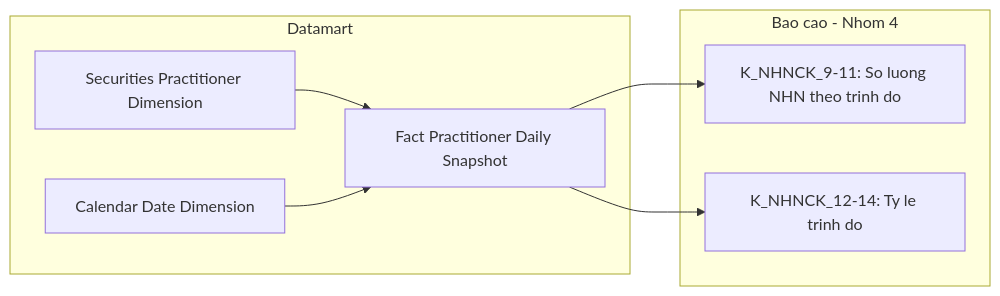
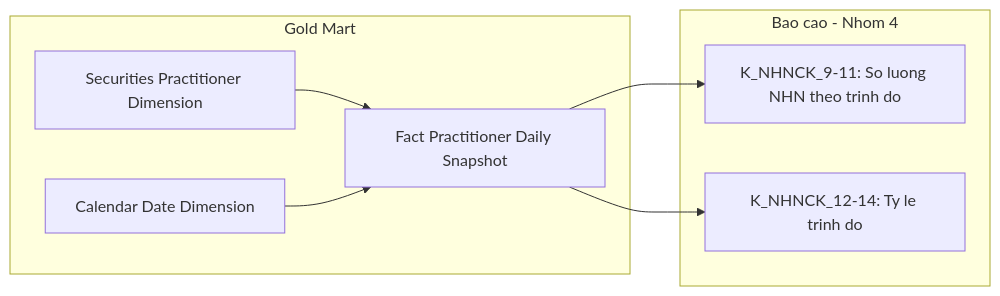
One commit to linhlvit/ubck_atomic_design changed diagram 12 of 31 in Gold/hld/GOLD_NHNCK_HLD.md. Above: the diagram before and after it, drawn with Mermaid. The commit also changed other lines of this file and 2 other files, not shown here.

````diff
--- a/Gold/hld/GOLD_NHNCK_HLD.md
+++ b/Gold/hld/GOLD_NHNCK_HLD.md
@@ -567,16 +575,16 @@
 ```mermaid
 flowchart LR
-    subgraph GOLD["Datamart"]
+    subgraph GOLD["Gold Mart"]
         G1["Fact Practitioner Daily Snapshot"]
         G2["Securities Practitioner Dimension"]
         G3["Calendar Date Dimension"]
     end
     subgraph RPT["Bao cao - Nhom 4"]
         R1["K_NHNCK_9-11: So luong NHN theo trinh do"]
         R2["K_NHNCK_12-14: Ty le trinh do"]
     end
     G1 --> R1
     G1 --> R2
     G2 --> G1
     G3 --> G1
 ```
````
